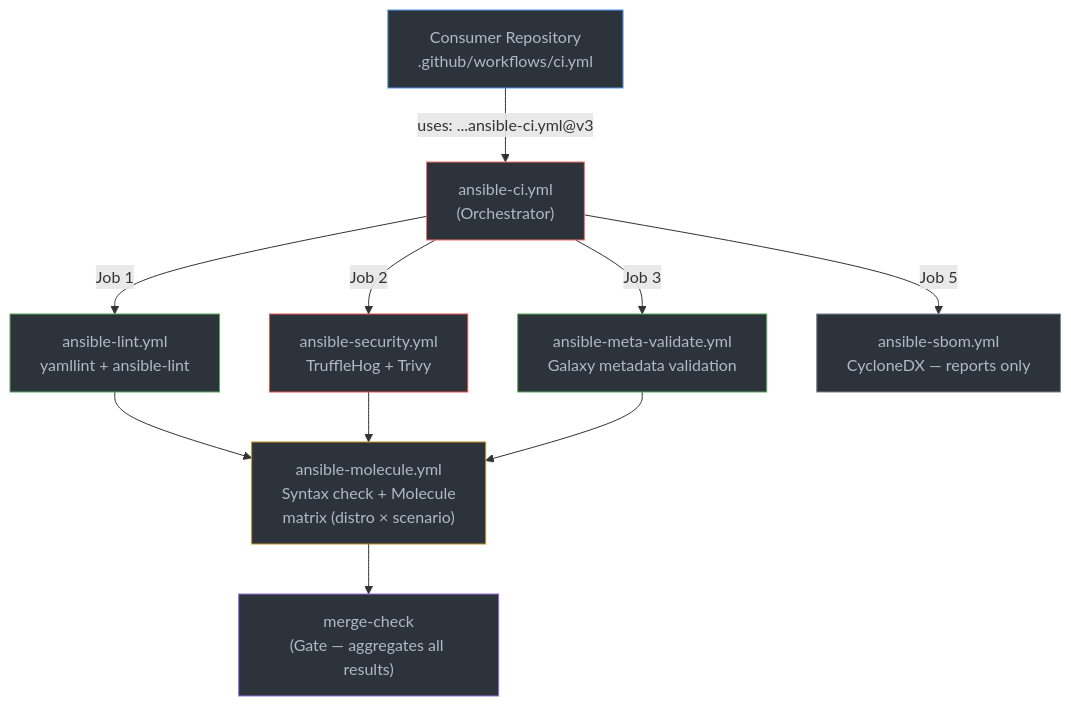
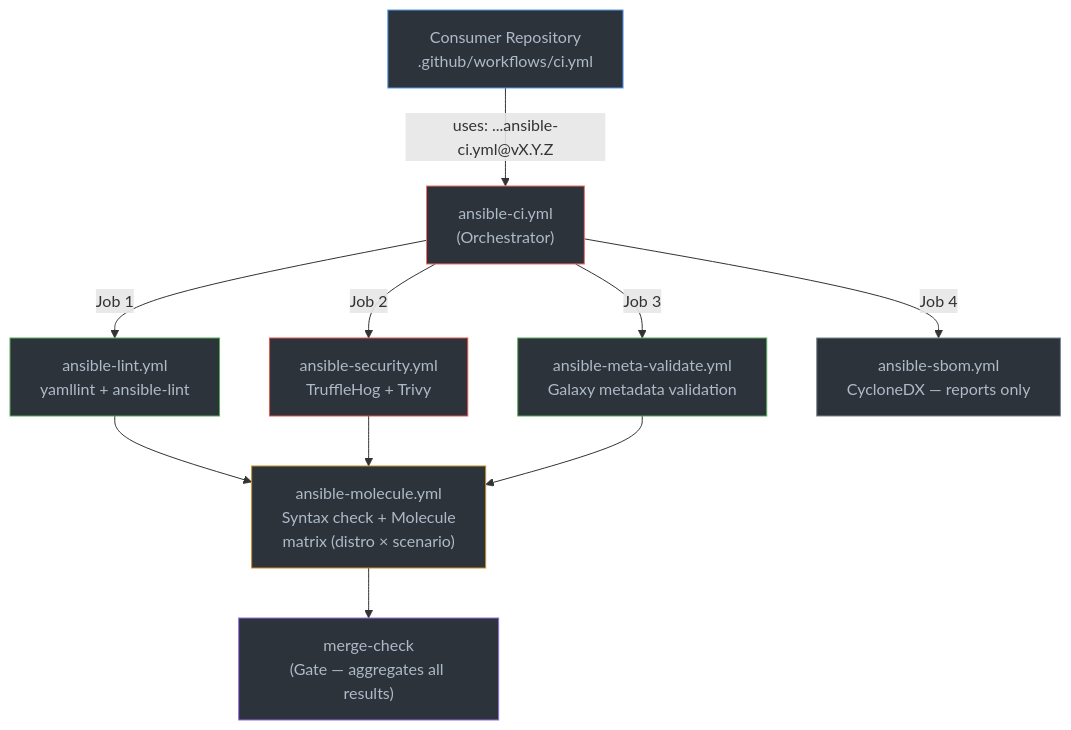
One commit to grzegorzfranus/github-workflows changed the second of 2 diagrams in README.md. Above: the diagram before and after it, drawn with Mermaid. The commit also changed other lines of this file and 1 other file, not shown here.

Commit message:
docs: bring README in line with the repository (#85) (#86)

````diff
--- a/README.md
+++ b/README.md
@@ -158,21 +195,21 @@
 ```mermaid
 graph TD
-    A["Consumer Repository<br/>.github/workflows/ci.yml"] -->|"uses: ...ansible-ci.yml@v3"| B["ansible-ci.yml<br/>(Orchestrator)"]
+    A["Consumer Repository<br/>.github/workflows/ci.yml"] -->|"uses: ...ansible-ci.yml@vX.Y.Z"| B["ansible-ci.yml<br/>(Orchestrator)"]
     B -->|"Job 1"| C["ansible-lint.yml<br/>yamllint + ansible-lint"]
     B -->|"Job 2"| D["ansible-security.yml<br/>TruffleHog + Trivy"]
     B -->|"Job 3"| G["ansible-meta-validate.yml<br/>Galaxy metadata validation"]
-    B -->|"Job 5"| H["ansible-sbom.yml<br/>CycloneDX — reports only"]
+    B -->|"Job 4"| H["ansible-sbom.yml<br/>CycloneDX — reports only"]
     C --> E["ansible-molecule.yml<br/>Syntax check + Molecule<br/>matrix (distro × scenario)"]
     D --> E
     G --> E
     E --> F["merge-check<br/>(Gate — aggregates all results)"]
 
     style A fill:#2d333b,stroke:#539bf5,color:#adbac7
     style B fill:#2d333b,stroke:#f47067,color:#adbac7
     style C fill:#2d333b,stroke:#57ab5a,color:#adbac7
     style D fill:#2d333b,stroke:#e5534b,color:#adbac7
     style E fill:#2d333b,stroke:#c69026,color:#adbac7
     style F fill:#2d333b,stroke:#986ee2,color:#adbac7
     style G fill:#2d333b,stroke:#57ab5a,color:#adbac7
     style H fill:#2d333b,stroke:#768390,color:#adbac7
 ```
````
